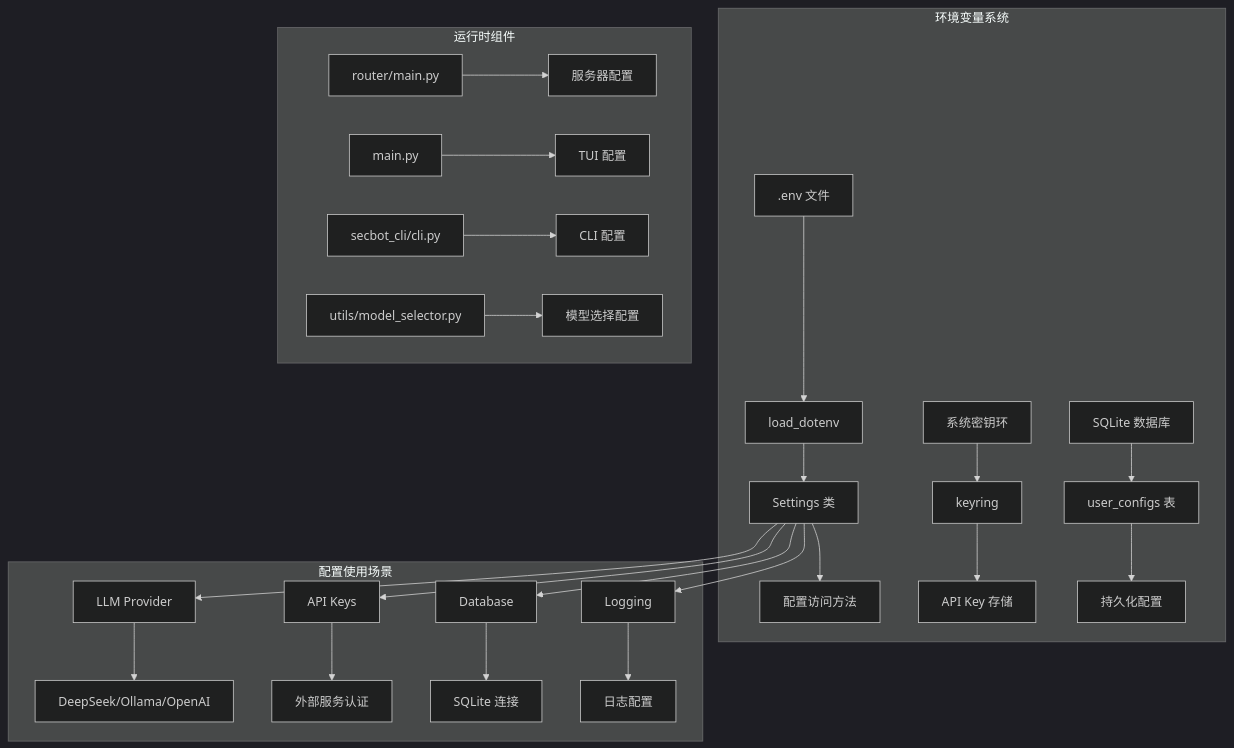
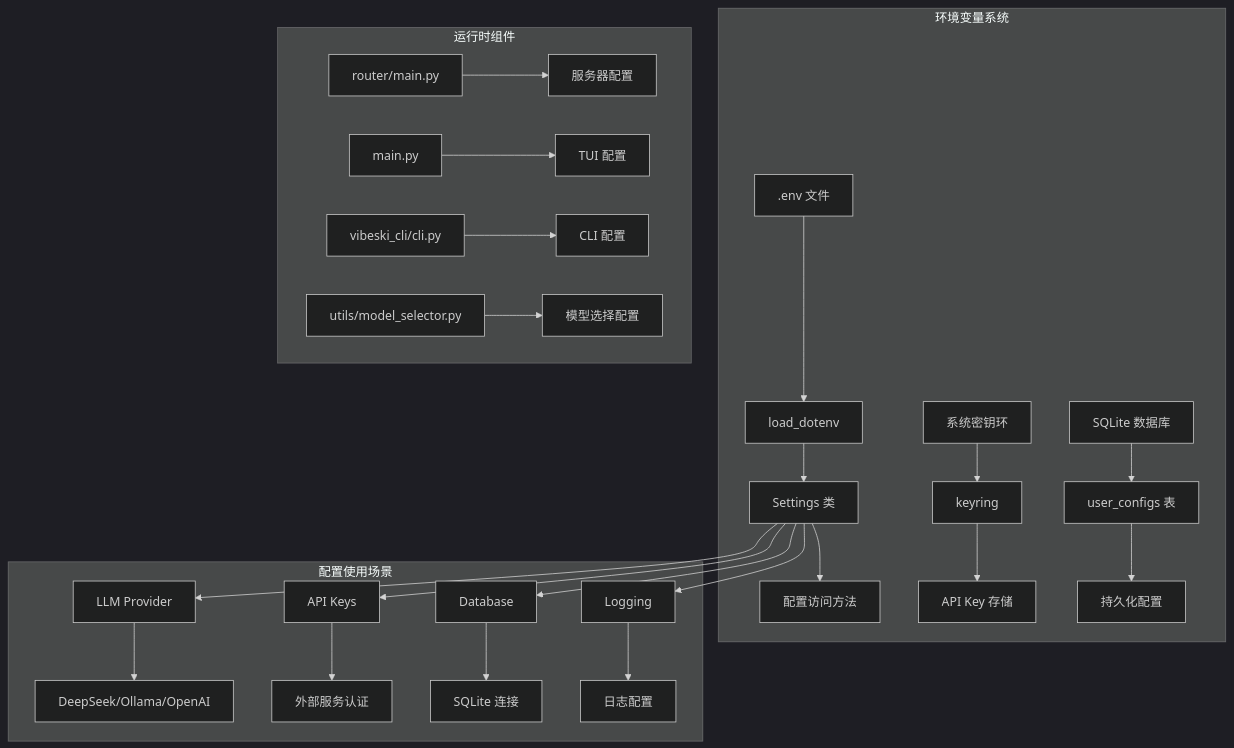
Before and after one commit to crabin/VIBESKI: the fourth of 6 diagrams in .qoder/repowiki/zh/content/Environment Variables.md, drawn with Mermaid (dark theme). The commit also changed other lines of this file and 170 other files, not shown here.

Commit message:
chore: rename all secbot/hackbot identifiers to vibeski

````diff
--- a/.qoder/repowiki/zh/content/Environment Variables.md
+++ b/.qoder/repowiki/zh/content/Environment Variables.md
@@ -155,28 +155,28 @@
 ```mermaid
 graph TB
 subgraph "环境变量系统"
 A[.env 文件] --> B[load_dotenv]
 B --> C[Settings 类]
 C --> D[配置访问方法]
 E[系统密钥环] --> F[keyring]
 F --> G[API Key 存储]
 H[SQLite 数据库] --> I[user_configs 表]
 I --> J[持久化配置]
 end
 subgraph "运行时组件"
 K[router/main.py] --> L[服务器配置]
 M[main.py] --> N[TUI 配置]
-O[secbot_cli/cli.py] --> P[CLI 配置]
+O[vibeski_cli/cli.py] --> P[CLI 配置]
 Q[utils/model_selector.py] --> R[模型选择配置]
 end
 subgraph "配置使用场景"
 S[LLM Provider] --> T[DeepSeek/Ollama/OpenAI]
 U[API Keys] --> V[外部服务认证]
 W[Database] --> X[SQLite 连接]
 Y[Logging] --> Z[日志配置]
 end
 C --> S
 C --> U
 C --> W
 C --> Y
 ```
````
